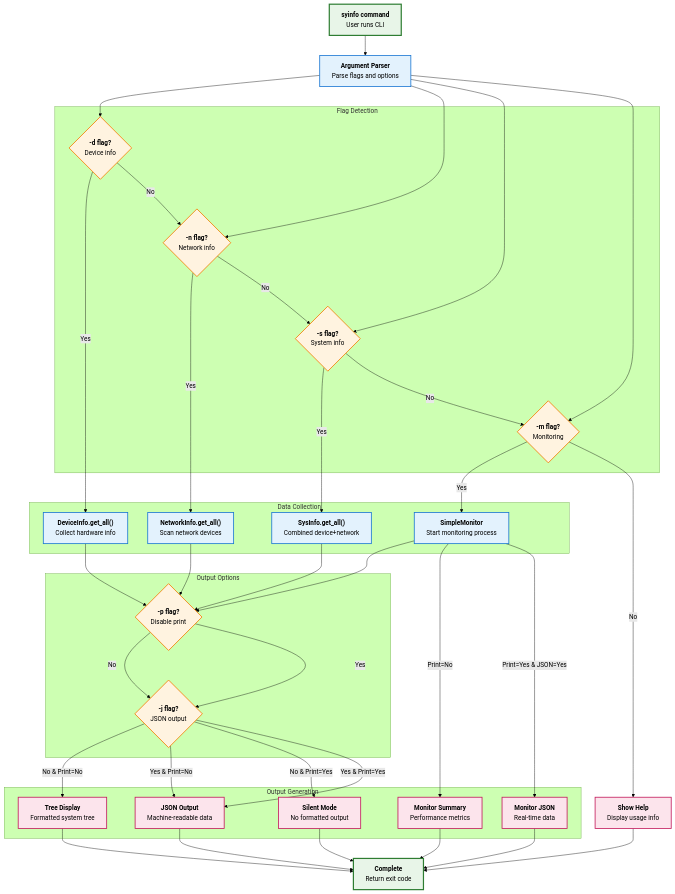
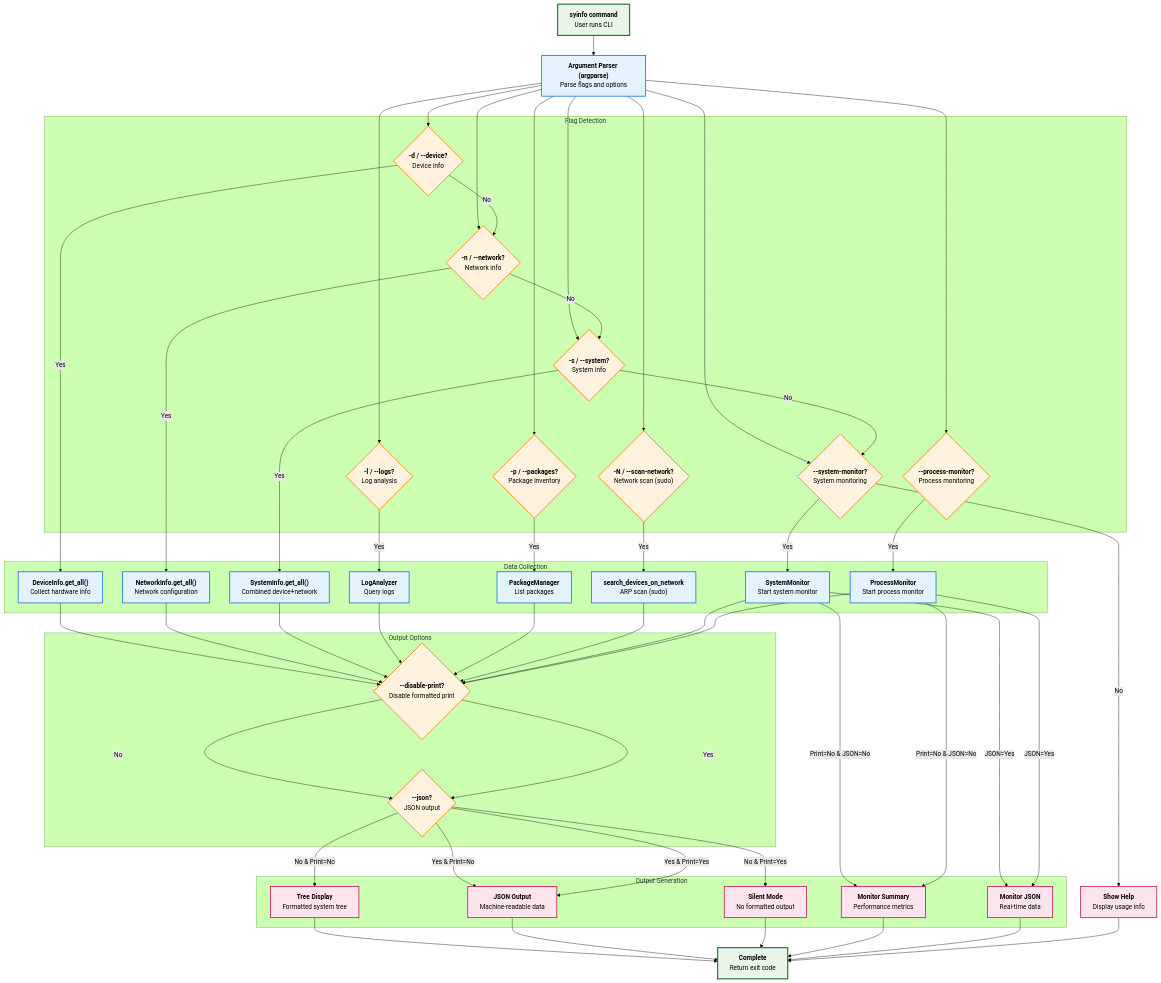
One commit to MR901/syinfo changed the diagram in docs/images/diagrams/cli-workflow.mmd. Above: the diagram before and after it, drawn with Mermaid (forest theme). The commit also changed 75 other files, not shown here.

Commit message:
T3 - Added Features : Process Monitor + Logs + Packages + Logger + Builder (#4)

```diff
--- a/docs/images/diagrams/cli-workflow.mmd
+++ b/docs/images/diagrams/cli-workflow.mmd
@@ -1,117 +1,140 @@
 graph TD
-    %% SyInfo CLI Workflow - Flag-based Interface
-    
+    %% SyInfo CLI Workflow - Updated Flags and Modules
+
     START["`**syinfo command**
     User runs CLI`"]
-    
-    PARSE["`**Argument Parser**
+
+    PARSE["`**Argument Parser (argparse)**
     Parse flags and options`"]
-    
+
     subgraph "Flag Detection"
-        DEVICE_FLAG{"`**-d flag?**
+        DEVICE_FLAG{"`**-d / --device?**
         Device info`"}
-        NETWORK_FLAG{"`**-n flag?**
+        NETWORK_FLAG{"`**-n / --network?**
         Network info`"}
-        SYSTEM_FLAG{"`**-s flag?**
+        SYSTEM_FLAG{"`**-s / --system?**
         System info`"}
-        MONITOR_FLAG{"`**-m flag?**
-        Monitoring`"}
+        SYS_MON_FLAG{"`**--system-monitor?**
+        System monitoring`"}
+        PROC_MON_FLAG{"`**--process-monitor?**
+        Process monitoring`"}
+        LOGS_FLAG{"`**-l / --logs?**
+        Log analysis`"}
+        PKG_FLAG{"`**-p / --packages?**
+        Package inventory`"}
+        SCAN_FLAG{"`**-N / --scan-network?**
+        Network scan (sudo)`"}
     end
-    
+
     subgraph "Data Collection"
         GET_DEVICE["`**DeviceInfo.get_all()**
         Collect hardware info`"]
-        
         GET_NETWORK["`**NetworkInfo.get_all()**
-        Scan network devices`"]
-        
-        GET_SYSTEM["`**SysInfo.get_all()**
+        Network configuration`"]
+        GET_SYSTEM["`**SystemInfo.get_all()**
         Combined device+network`"]
-        
-        START_MONITOR["`**SimpleMonitor**
-        Start monitoring process`"]
+        START_SYS_MON["`**SystemMonitor**
+        Start system monitor`"]
+        START_PROC_MON["`**ProcessMonitor**
+        Start process monitor`"]
+        RUN_LOGS["`**LogAnalyzer**
+        Query logs`"]
+        RUN_PKGS["`**PackageManager**
+        List packages`"]
+        RUN_SCAN["`**search_devices_on_network**
+        ARP scan (sudo)`"]
     end
-    
+
     subgraph "Output Options"
-        PRINT_FLAG{"`**-p flag?**
-        Disable print`"}
-        JSON_FLAG{"`**-j flag?**
+        NOPRINT_FLAG{"`**--disable-print?**
+        Disable formatted print`"}
+        JSON_FLAG{"`**--json?**
         JSON output`"}
     end
-    
+
     subgraph "Output Generation"
         TREE_OUTPUT["`**Tree Display**
         Formatted system tree`"]
-        
         JSON_OUTPUT["`**JSON Output**
         Machine-readable data`"]
-        
         SILENT["`**Silent Mode**
         No formatted output`"]
-        
         MONITOR_DISPLAY["`**Monitor Summary**
         Performance metrics`"]
-        
         MONITOR_JSON["`**Monitor JSON**
         Real-time data`"]
     end
-    
+
     FINISH["`**Complete**
     Return exit code`"]
-    
+
     %% Main Flow
     START --> PARSE
     PARSE --> DEVICE_FLAG
     PARSE --> NETWORK_FLAG
     PARSE --> SYSTEM_FLAG
-    PARSE --> MONITOR_FLAG
-    
+    PARSE --> SYS_MON_FLAG
+    PARSE --> PROC_MON_FLAG
+    PARSE --> LOGS_FLAG
+    PARSE --> PKG_FLAG
+    PARSE --> SCAN_FLAG
+
     %% Collection Routes
     DEVICE_FLAG -->|Yes| GET_DEVICE
     NETWORK_FLAG -->|Yes| GET_NETWORK
     SYSTEM_FLAG -->|Yes| GET_SYSTEM
-    MONITOR_FLAG -->|Yes| START_MONITOR
-    
+    SYS_MON_FLAG -->|Yes| START_SYS_MON
+    PROC_MON_FLAG -->|Yes| START_PROC_MON
+    LOGS_FLAG -->|Yes| RUN_LOGS
+    PKG_FLAG -->|Yes| RUN_PKGS
+    SCAN_FLAG -->|Yes| RUN_SCAN
+
     %% Output Decision Flow
-    GET_DEVICE --> PRINT_FLAG
-    GET_NETWORK --> PRINT_FLAG
-    GET_SYSTEM --> PRINT_FLAG
-    START_MONITOR --> PRINT_FLAG
-    
-    PRINT_FLAG -->|No| JSON_FLAG
-    PRINT_FLAG -->|Yes| JSON_FLAG
-    
+    GET_DEVICE --> NOPRINT_FLAG
+    GET_NETWORK --> NOPRINT_FLAG
+    GET_SYSTEM --> NOPRINT_FLAG
+    RUN_LOGS --> NOPRINT_FLAG
+    RUN_PKGS --> NOPRINT_FLAG
+    RUN_SCAN --> NOPRINT_FLAG
+    START_SYS_MON --> NOPRINT_FLAG
+    START_PROC_MON --> NOPRINT_FLAG
+
+    NOPRINT_FLAG -->|No| JSON_FLAG
+    NOPRINT_FLAG -->|Yes| JSON_FLAG
+
     %% Output Generation
     JSON_FLAG -->|No & Print=No| TREE_OUTPUT
     JSON_FLAG -->|Yes & Print=No| JSON_OUTPUT
     JSON_FLAG -->|No & Print=Yes| SILENT
     JSON_FLAG -->|Yes & Print=Yes| JSON_OUTPUT
-    
-    START_MONITOR -->|Print=No| MONITOR_DISPLAY
-    START_MONITOR -->|Print=Yes & JSON=Yes| MONITOR_JSON
-    
+
+    START_SYS_MON -->|Print=No & JSON=No| MONITOR_DISPLAY
+    START_SYS_MON -->|JSON=Yes| MONITOR_JSON
+    START_PROC_MON -->|Print=No & JSON=No| MONITOR_DISPLAY
+    START_PROC_MON -->|JSON=Yes| MONITOR_JSON
+
     %% Completion
     TREE_OUTPUT --> FINISH
     JSON_OUTPUT --> FINISH
     SILENT --> FINISH
     MONITOR_DISPLAY --> FINISH
     MONITOR_JSON --> FINISH
-    
+
     %% No flags case
     DEVICE_FLAG -->|No| NETWORK_FLAG
     NETWORK_FLAG -->|No| SYSTEM_FLAG
-    SYSTEM_FLAG -->|No| MONITOR_FLAG
-    MONITOR_FLAG -->|No| HELP["`**Show Help**
+    SYSTEM_FLAG -->|No| SYS_MON_FLAG
+    SYS_MON_FLAG -->|No| HELP["`**Show Help**
     Display usage info`"]
     HELP --> FINISH
-    
+
     %% Styling
     classDef startEnd fill:#e8f5e8,stroke:#2e7d32,stroke-width:3px
     classDef decision fill:#fff3e0,stroke:#f57c00,stroke-width:2px
     classDef process fill:#e3f2fd,stroke:#1976d2,stroke-width:2px
     classDef output fill:#fce4ec,stroke:#c2185b,stroke-width:2px
-    
+
     class START,FINISH startEnd
-    class DEVICE_FLAG,NETWORK_FLAG,SYSTEM_FLAG,MONITOR_FLAG,PRINT_FLAG,JSON_FLAG decision
-    class PARSE,GET_DEVICE,GET_NETWORK,GET_SYSTEM,START_MONITOR process
+    class DEVICE_FLAG,NETWORK_FLAG,SYSTEM_FLAG,SYS_MON_FLAG,PROC_MON_FLAG,LOGS_FLAG,PKG_FLAG,SCAN_FLAG,NOPRINT_FLAG,JSON_FLAG decision
+    class PARSE,GET_DEVICE,GET_NETWORK,GET_SYSTEM,START_SYS_MON,START_PROC_MON,RUN_LOGS,RUN_PKGS,RUN_SCAN process
     class TREE_OUTPUT,JSON_OUTPUT,SILENT,MONITOR_DISPLAY,MONITOR_JSON,HELP output
```
